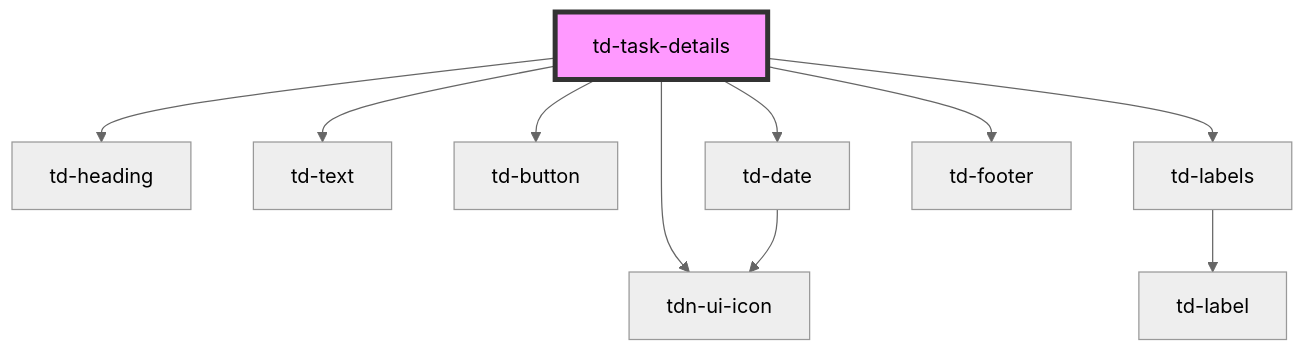
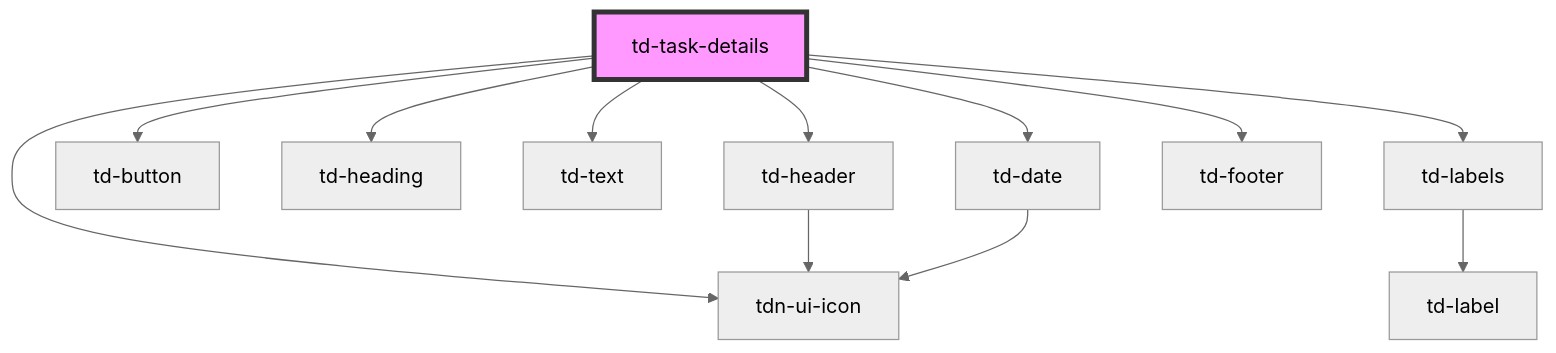
One commit to ajarana/to-done changed the diagram in libs/ui/src/components/td-task-details/readme.md. Above: the diagram before and after it, drawn with Mermaid (neutral theme). The commit also changed other lines of this file and 24 other files, not shown here.

````diff
--- a/libs/ui/src/components/td-task-details/readme.md
+++ b/libs/ui/src/components/td-task-details/readme.md
@@ -38,13 +38,15 @@
 ```mermaid
 graph TD;
   td-task-details --> tdn-ui-icon
+  td-task-details --> td-header
+  td-task-details --> td-button
   td-task-details --> td-heading
   td-task-details --> td-text
-  td-task-details --> td-button
   td-task-details --> td-labels
   td-task-details --> td-date
   td-task-details --> td-footer
+  td-header --> tdn-ui-icon
   td-labels --> td-label
   td-date --> tdn-ui-icon
   style td-task-details fill:#f9f,stroke:#333,stroke-width:4px
 ```
````
